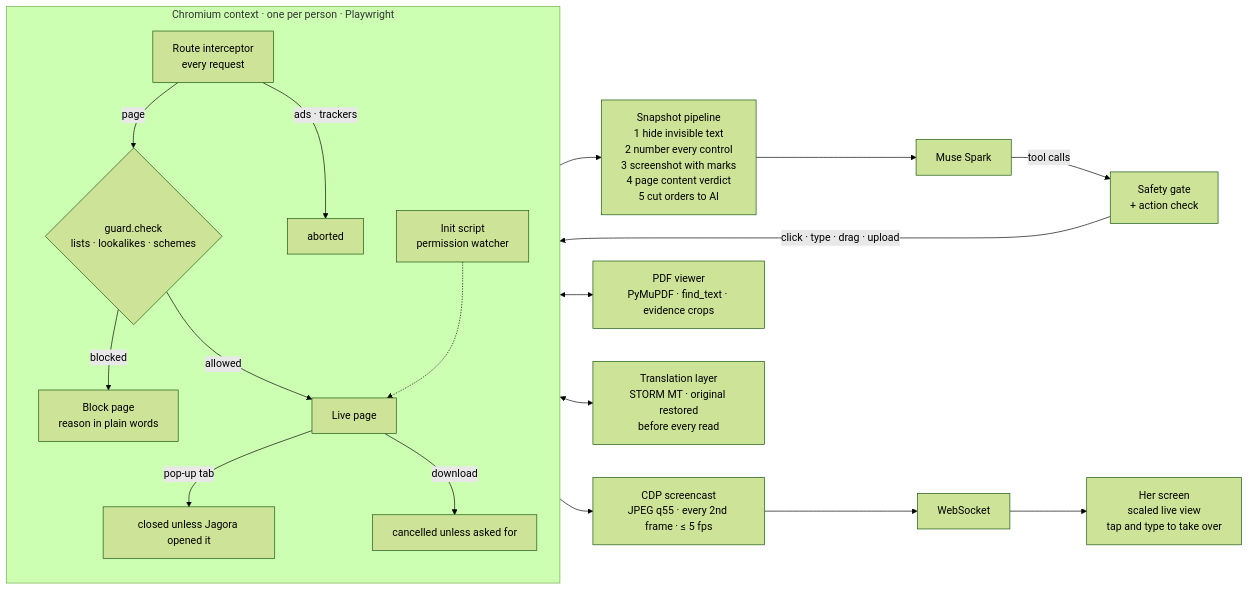
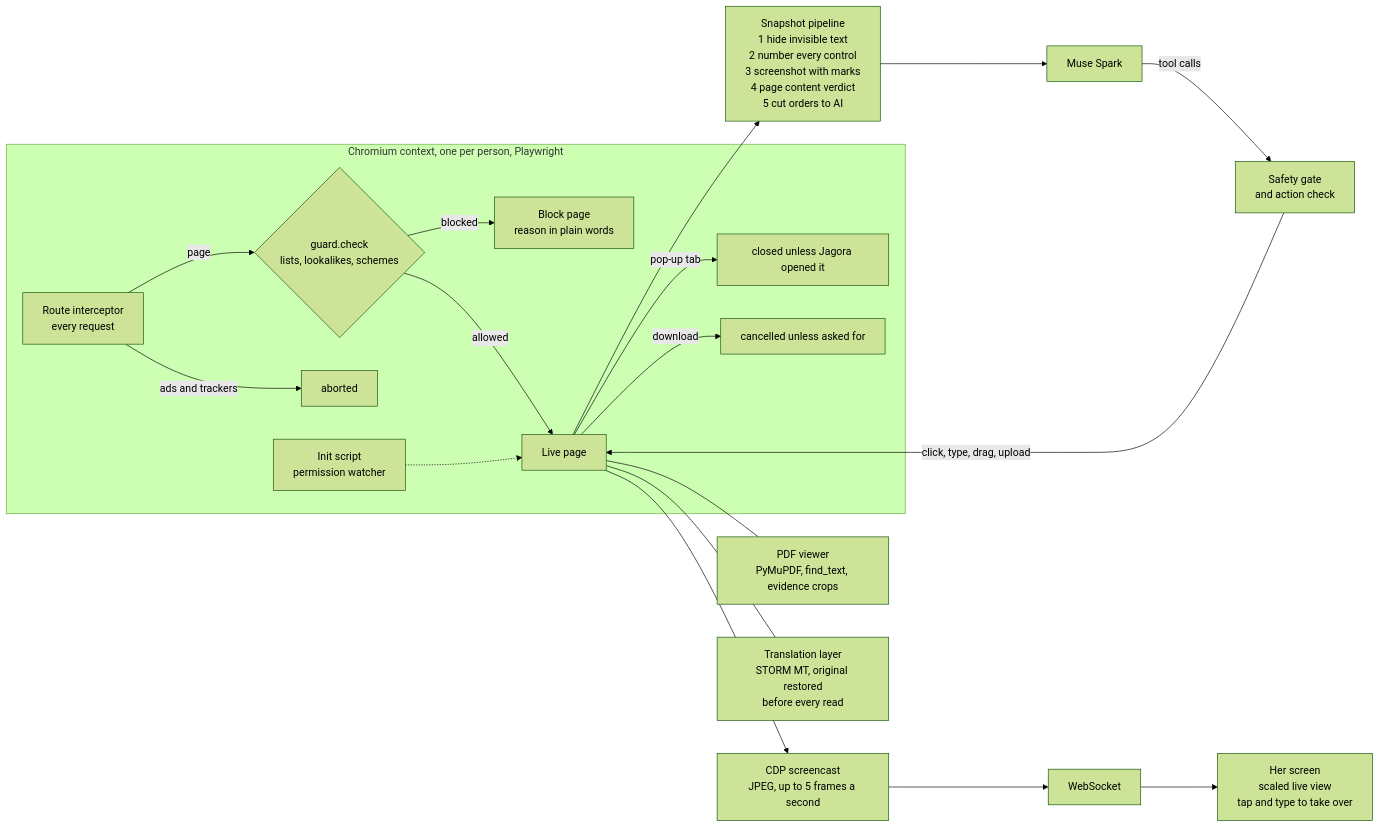
The second of 3 diagrams in README.md (Ememzyvisuals/Jagora), drawn with Mermaid (forest theme) before and after one commit. The commit also changed other lines of this file, not shown here.

Commit message:
README: diagrams that render in every GitHub app, no emoji, server data measurements

````diff
--- a/README.md
+++ b/README.md
@@ -276,21 +276,21 @@
 ```mermaid
 flowchart LR
-    subgraph CTX["Chromium context · one per person · Playwright"]
-        direction TB
-        RT["Route interceptor<br/>every request"] -->|"page"| GV{"guard.check<br/>lists · lookalikes · schemes"}
-        GV -->|"blocked"| BP["Block page<br/>reason in plain words"]
-        GV -->|"allowed"| PG["Live page"]
-        RT -->|"ads · trackers"| AB["aborted"]
-        INIT["Init script<br/>permission watcher"] -.-> PG
-        PG -->|"pop-up tab"| PC["closed unless Jagora opened it"]
-        PG -->|"download"| DC["cancelled unless asked for"]
+    subgraph CTX["Chromium context, one per person, Playwright"]
+        RT["Route interceptor<br>every request"] -->|page| GV{"guard.check<br>lists, lookalikes, schemes"}
+        GV -->|blocked| BP["Block page<br>reason in plain words"]
+        GV -->|allowed| PG["Live page"]
+        RT -->|ads and trackers| AB["aborted"]
+        INIT["Init script<br>permission watcher"] -.-> PG
+        PG -->|pop-up tab| PC["closed unless Jagora opened it"]
+        PG -->|download| DC["cancelled unless asked for"]
     end
-    PG --> SNAP["Snapshot pipeline<br/>1 hide invisible text<br/>2 number every control<br/>3 screenshot with marks<br/>4 page content verdict<br/>5 cut orders to AI"]
+    PG --> SNAP["Snapshot pipeline<br>1 hide invisible text<br>2 number every control<br>3 screenshot with marks<br>4 page content verdict<br>5 cut orders to AI"]
     SNAP --> MS["Muse Spark"]
-    MS -->|"tool calls"| GATE["Safety gate<br/>+ action check"]
-    GATE -->|"click · type · drag · upload"| PG
-    PG --> CDP["CDP screencast<br/>JPEG q55 · every 2nd frame · ≤ 5 fps"]
-    CDP --> WSS["WebSocket"] --> APP["Her screen<br/>scaled live view<br/>tap and type to take over"]
-    PG <--> PDF["PDF viewer<br/>PyMuPDF · find_text · evidence crops"]
-    PG <--> TR["Translation layer<br/>STORM MT · original restored<br/>before every read"]
+    MS -->|tool calls| GATE["Safety gate<br>and action check"]
+    GATE -->|click, type, drag, upload| PG
+    PG --> CDP["CDP screencast<br>JPEG, up to 5 frames a second"]
+    CDP --> WSS["WebSocket"]
+    WSS --> APP["Her screen<br>scaled live view<br>tap and type to take over"]
+    PG --- PDF["PDF viewer<br>PyMuPDF, find_text, evidence crops"]
+    PG --- TR["Translation layer<br>STORM MT, original restored<br>before every read"]
 ```
````
